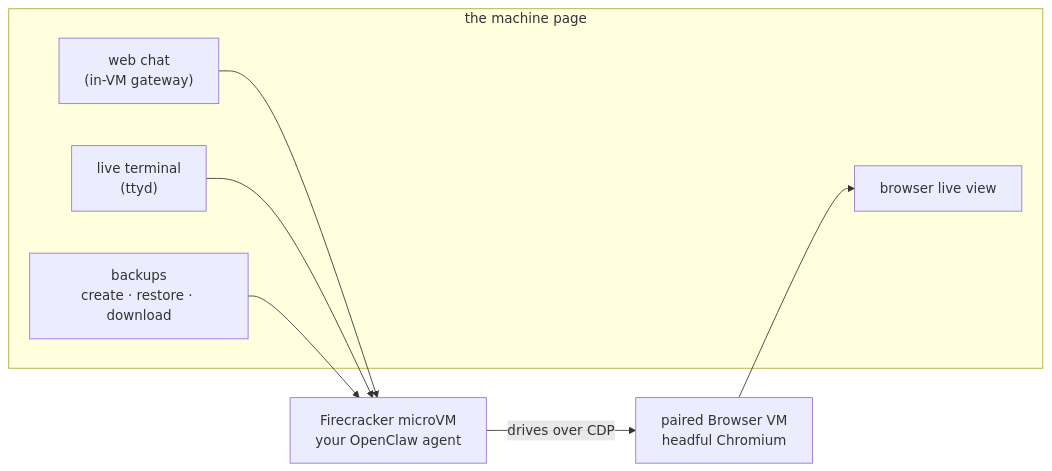
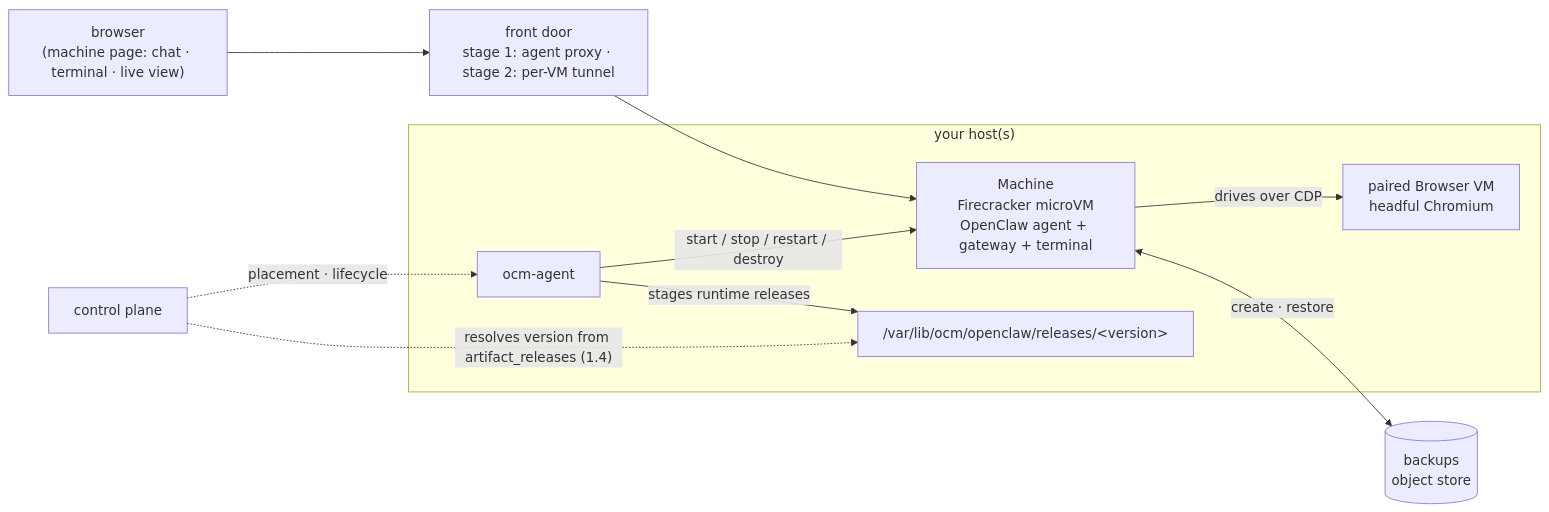
Before and after one commit to mathaix/OpenClawMachines: the fourth of 4 diagrams in docs/getting-started.md, drawn with Mermaid. The commit also changed other lines of this file, not shown here.

First line of the commit message:
docs: per-stage architecture diagrams that show the same stack growing

````diff
--- a/docs/getting-started.md
+++ b/docs/getting-started.md
@@ -304,14 +321,14 @@
 ```mermaid
 flowchart LR
-    subgraph MV["the machine page"]
-        CHAT["web chat<br/>(in-VM gateway)"]
-        TERM["live terminal<br/>(ttyd)"]
-        LIVE["browser live view"]
-        BK["backups<br/>create · restore · download"]
+    B["browser<br/>(machine page: chat · terminal · live view)"] --> FD["front door<br/>stage 1: agent proxy · stage 2: per-VM tunnel"]
+    subgraph HOST["your host(s)"]
+        AG["ocm-agent"]
+        AG -->|start / stop / restart / destroy| VM["Machine<br/>Firecracker microVM<br/>OpenClaw agent + gateway + terminal"]
+        AG -->|stages runtime releases| REL["/var/lib/ocm/openclaw/releases/&lt;version&gt;"]
+        VM -->|drives over CDP| BVM["paired Browser VM<br/>headful Chromium"]
     end
-    CHAT --> VM["Firecracker microVM<br/>your OpenClaw agent"]
-    TERM --> VM
-    BK --> VM
-    VM -->|drives over CDP| BVM["paired Browser VM<br/>headful Chromium"]
-    BVM --> LIVE
+    FD --> VM
+    CP["control plane"] -.->|placement · lifecycle| AG
+    CP -.->|"resolves version from artifact_releases (1.4)"| REL
+    VM <-->|create · restore| BK[("backups<br/>object store")]
 ```
````
